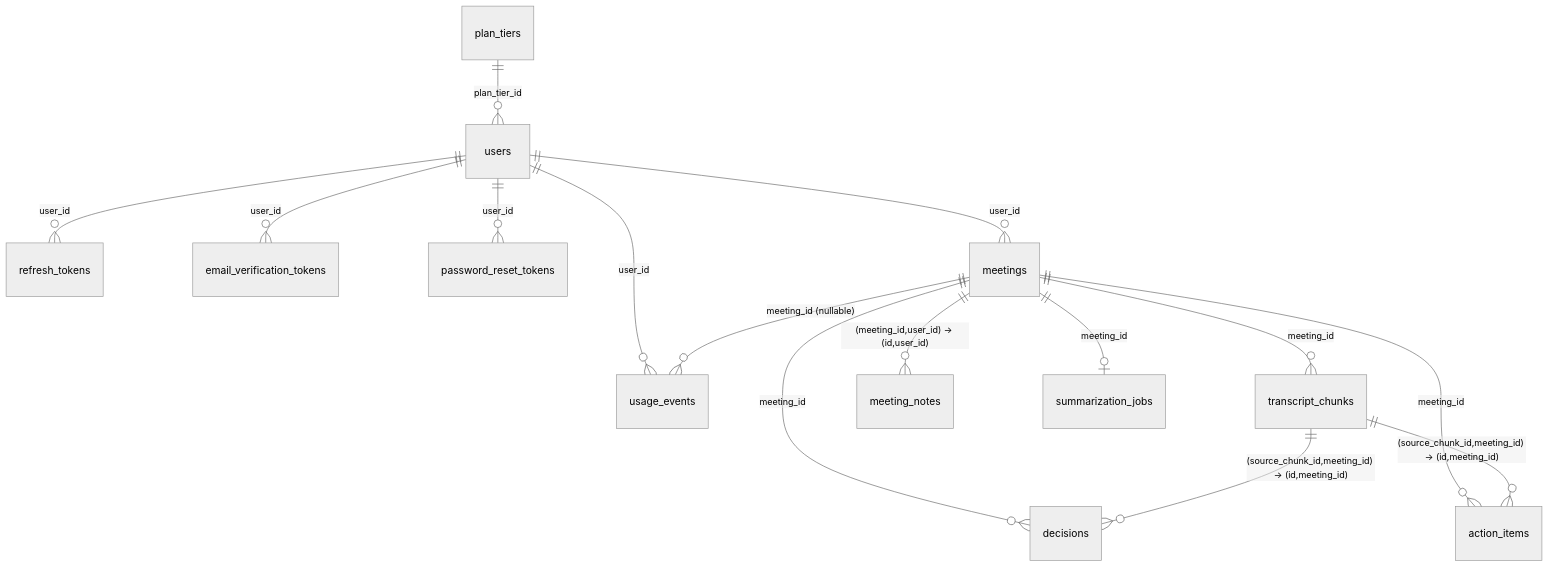
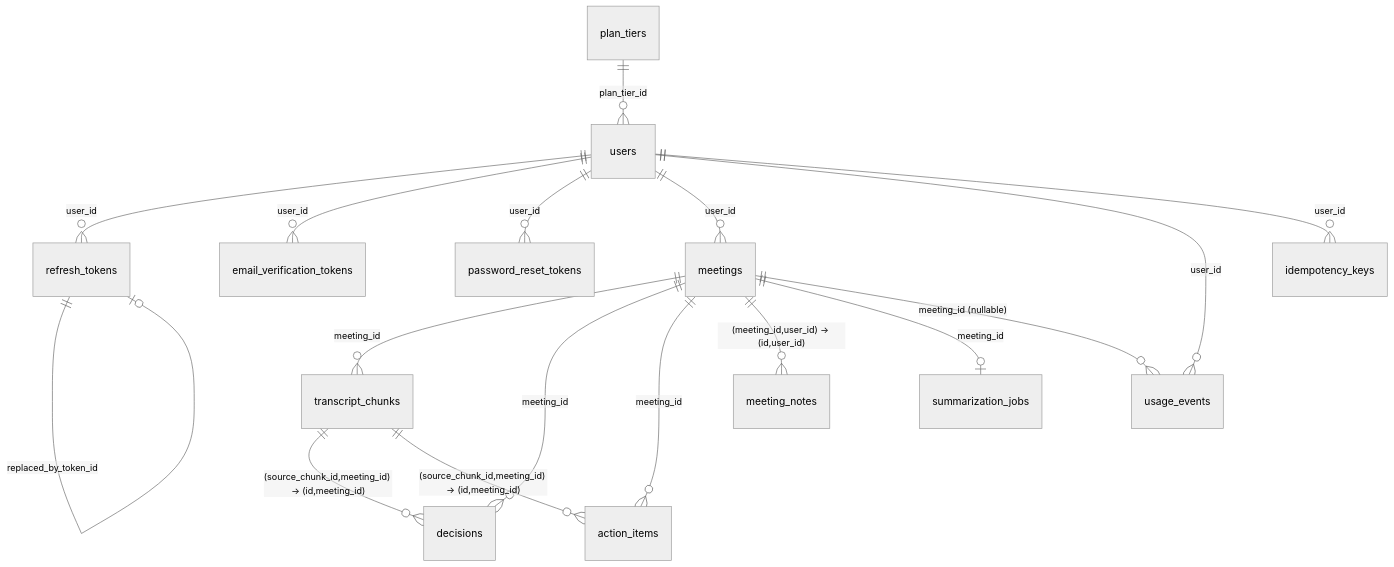
The diagram in docs/04-DATABASE-DESIGN.md (arvincaparros/notelify-ai), drawn with Mermaid (neutral theme) before and after one commit. The commit also changed other lines of this file and 6 other files, not shown here.

````diff
--- a/docs/04-DATABASE-DESIGN.md
+++ b/docs/04-DATABASE-DESIGN.md
@@ -12,17 +12,19 @@
 ```mermaid
 erDiagram
     plan_tiers ||--o{ users : "plan_tier_id"
     users ||--o{ refresh_tokens : "user_id"
     users ||--o{ email_verification_tokens : "user_id"
     users ||--o{ password_reset_tokens : "user_id"
     users ||--o{ meetings : "user_id"
     users ||--o{ usage_events : "user_id"
+    users ||--o{ idempotency_keys : "user_id"
+    refresh_tokens ||--o| refresh_tokens : "replaced_by_token_id"
     meetings ||--o{ transcript_chunks : "meeting_id"
     meetings ||--o{ decisions : "meeting_id"
     meetings ||--o{ action_items : "meeting_id"
     meetings ||--o{ meeting_notes : "(meeting_id,user_id) -> (id,user_id)"
     meetings ||--o| summarization_jobs : "meeting_id"
     meetings ||--o{ usage_events : "meeting_id (nullable)"
     transcript_chunks ||--o{ decisions : "(source_chunk_id,meeting_id) -> (id,meeting_id)"
     transcript_chunks ||--o{ action_items : "(source_chunk_id,meeting_id) -> (id,meeting_id)"
 ```
````
